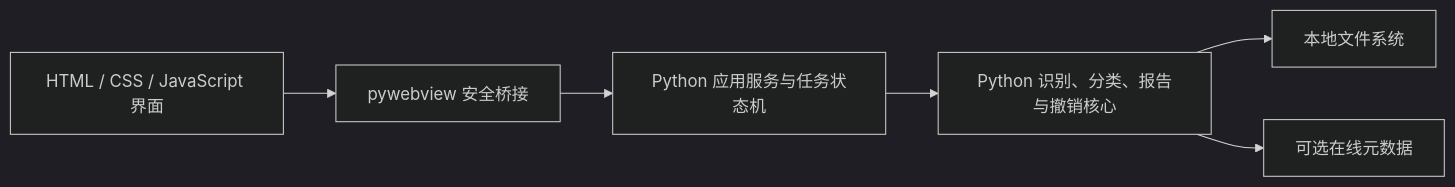
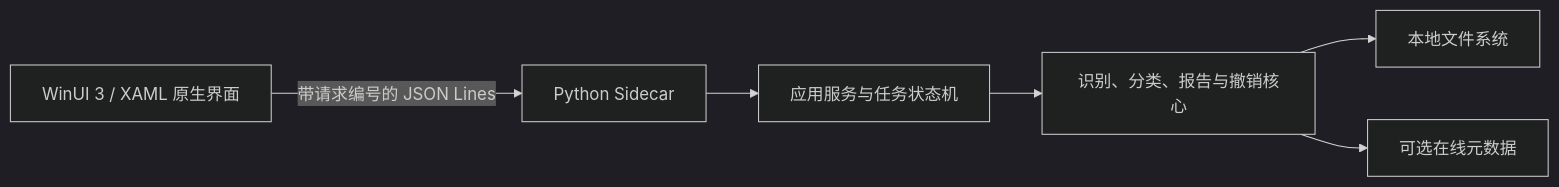
One commit to chenhaoxiang05/LightNovelSelector changed the diagram in README.md. Above: the diagram before and after it, drawn with Mermaid (dark theme). The commit also changed other lines of this file and 25 other files, not shown here.

````diff
--- a/README.md
+++ b/README.md
@@ -27,8 +28,8 @@
 ```mermaid
 flowchart LR
-    UI["HTML / CSS / JavaScript 界面"] --> Bridge["pywebview 安全桥接"]
-    Bridge --> Service["Python 应用服务与任务状态机"]
-    Service --> Core["Python 识别、分类、报告与撤销核心"]
+    UI["WinUI 3 / XAML 原生界面"] -->|"带请求编号的 JSON Lines"| Sidecar["Python Sidecar"]
+    Sidecar --> Service["应用服务与任务状态机"]
+    Service --> Core["识别、分类、报告与撤销核心"]
     Core --> Files["本地文件系统"]
     Core --> Metadata["可选在线元数据"]
 ```
````
